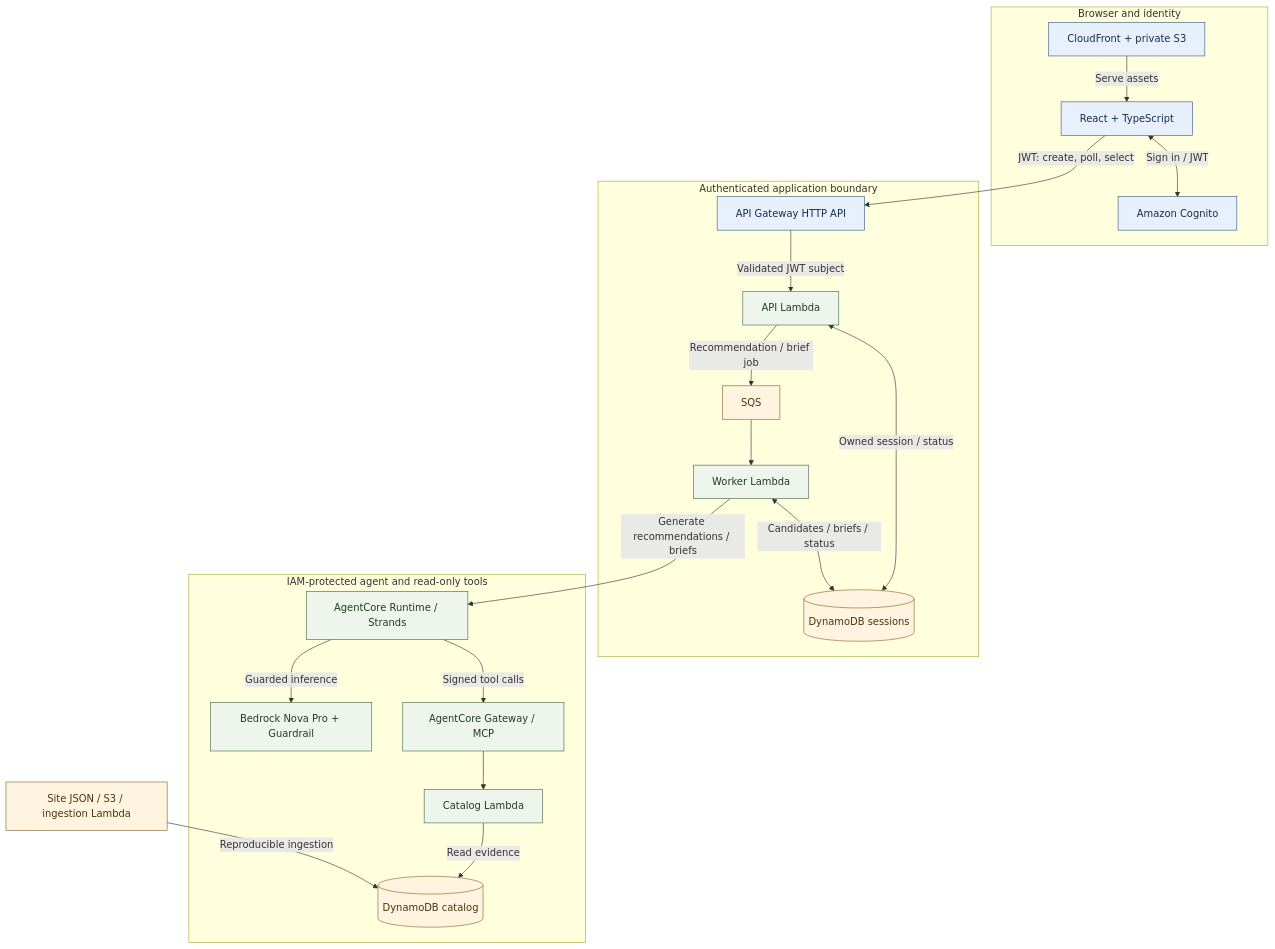
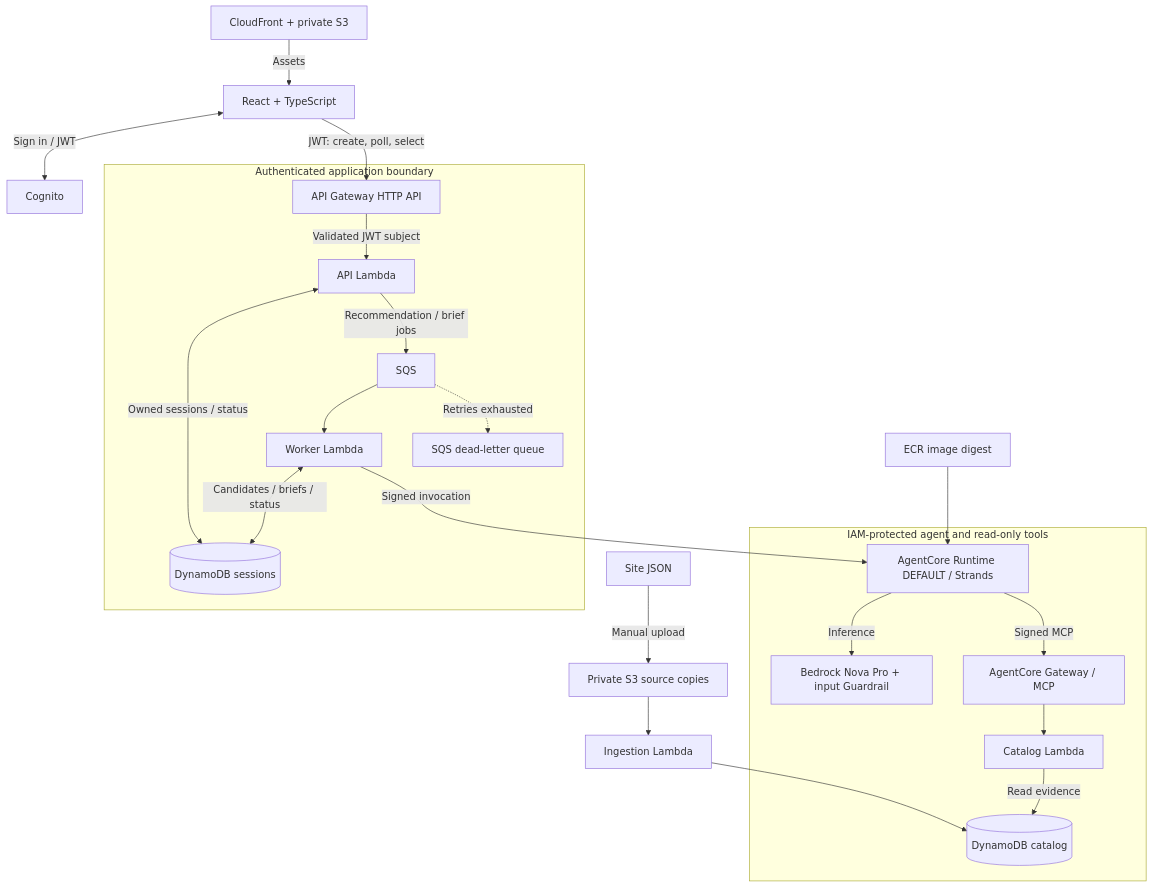
Before and after one commit to barrettotte/praxis: the diagram in README.md, drawn with Mermaid. The commit also changed other lines of this file and 13 other files, not shown here.

````diff
--- a/README.md
+++ b/README.md
@@ -46,38 +15,33 @@
 ```mermaid
 flowchart TB
-    subgraph client[Browser and identity]
-        hosting[CloudFront + private S3] -->|Serve assets| browser[React + TypeScript]
-        browser <-->|Sign in / JWT| identity[Amazon Cognito]
-    end
+    hosting[CloudFront + private S3] -->|Assets| browser[React + TypeScript]
+    browser <-->|Sign in / JWT| identity[Cognito]
 
     subgraph application[Authenticated application boundary]
         http[API Gateway HTTP API] -->|Validated JWT subject| api[API Lambda]
-        api <-->|Owned session / status| session[(DynamoDB sessions)]
-        api -->|Recommendation / brief job| queue[SQS]
+        api <-->|Owned sessions / status| sessions[(DynamoDB sessions)]
+        api -->|Recommendation / brief jobs| queue[SQS]
         queue --> worker[Worker Lambda]
-        worker <-->|Candidates / briefs / status| session
+        queue -.->|Retries exhausted| dlq[SQS dead-letter queue]
+        worker <-->|Candidates / briefs / status| sessions
     end
 
     subgraph intelligence[IAM-protected agent and read-only tools]
-        runtime[AgentCore Runtime / Strands]
-        model[Bedrock Nova Pro + Guardrail]
+        runtime[AgentCore Runtime DEFAULT / Strands]
+        model[Bedrock Nova Pro + input Guardrail]
         gateway[AgentCore Gateway / MCP]
         tools[Catalog Lambda]
         catalog[(DynamoDB catalog)]
-        runtime -->|Guarded inference| model
-        runtime -->|Signed tool calls| gateway
+        runtime -->|Inference| model
+        runtime -->|Signed MCP| gateway
         gateway --> tools
         tools -->|Read evidence| catalog
     end
 
     browser -->|JWT: create, poll, select| http
-    worker -->|Generate recommendations / briefs| runtime
-    sources[Site JSON / S3 / ingestion Lambda] -->|Reproducible ingestion| catalog
-
-    classDef entry fill:#e8f0fe,stroke:#355b86,color:#172b4d
-    classDef compute fill:#eef5ed,stroke:#476b45,color:#233b22
-    classDef data fill:#fff4df,stroke:#89642a,color:#493411
-    class browser,identity,http,hosting entry
-    class api,worker,runtime,model,gateway,tools compute
-    class session,queue,catalog,sources data
+    worker -->|Signed invocation| runtime
+    image[ECR image digest] --> runtime
+    sources[Site JSON] -->|Manual upload| sourceBucket[Private S3 source copies]
+    sourceBucket --> ingestion[Ingestion Lambda]
+    ingestion --> catalog
 ```
````
